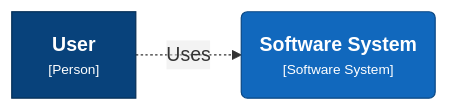
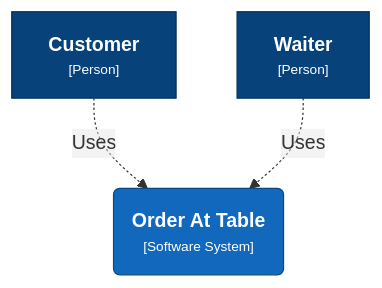
The second of 2 diagrams in README.md (anandakumarpalanisamy/css-recipes), drawn with Mermaid before and after one commit.

````diff
--- a/README.md
+++ b/README.md
@@ -22,11 +22,14 @@
 ```mermaid
-graph LR
+graph TB
   linkStyle default fill:#ffffff
 
-  1["<div style='font-weight: bold'>User</div><div style='font-size: 70%; margin-top: 0px'>[Person]</div>"]
+  1["<div style='font-weight: bold'>Customer</div><div style='font-size: 70%; margin-top: 0px'>[Person]</div>"]
   style 1 fill:#08427b,stroke:#052e56,color:#ffffff
-  2("<div style='font-weight: bold'>Software System</div><div style='font-size: 70%; margin-top: 0px'>[Software System]</div>")
-  style 2 fill:#1168bd,stroke:#0b4884,color:#ffffff
+  2["<div style='font-weight: bold'>Waiter</div><div style='font-size: 70%; margin-top: 0px'>[Person]</div>"]
+  style 2 fill:#08427b,stroke:#052e56,color:#ffffff
+  3("<div style='font-weight: bold'>Order At Table</div><div style='font-size: 70%; margin-top: 0px'>[Software System]</div>")
+  style 3 fill:#1168bd,stroke:#0b4884,color:#ffffff
 
-  1-. "<div>Uses</div><div style='font-size: 70%'></div>" .->2
+  1-. "<div>Uses</div><div style='font-size: 70%'></div>" .->3
+  2-. "<div>Uses</div><div style='font-size: 70%'></div>" .->3
 ```
````
